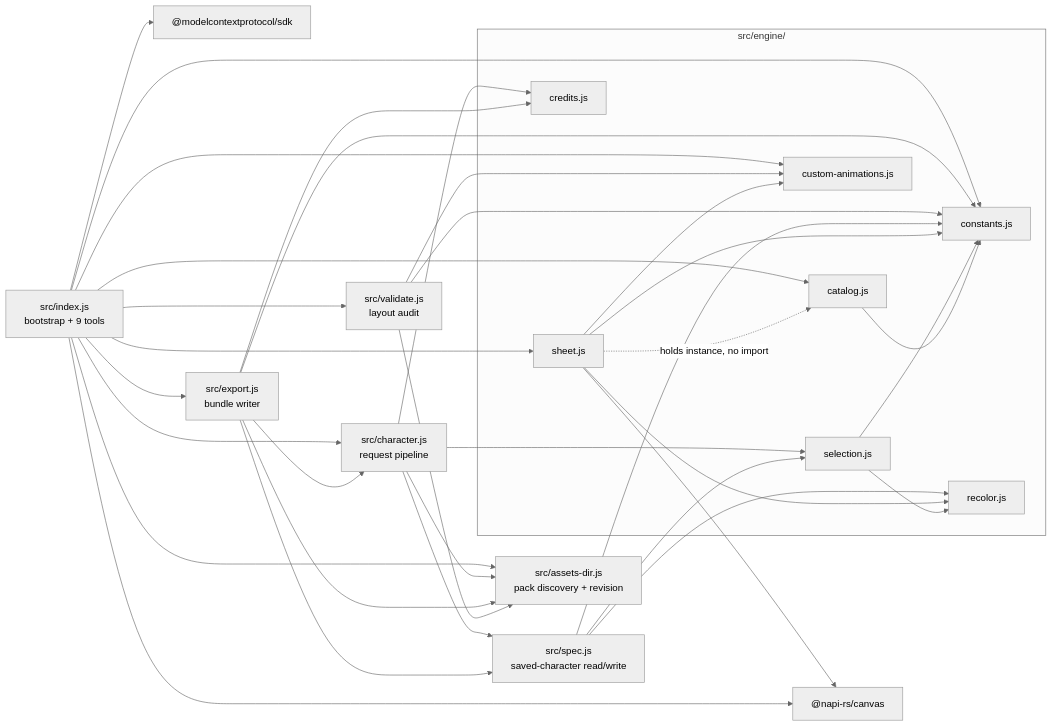
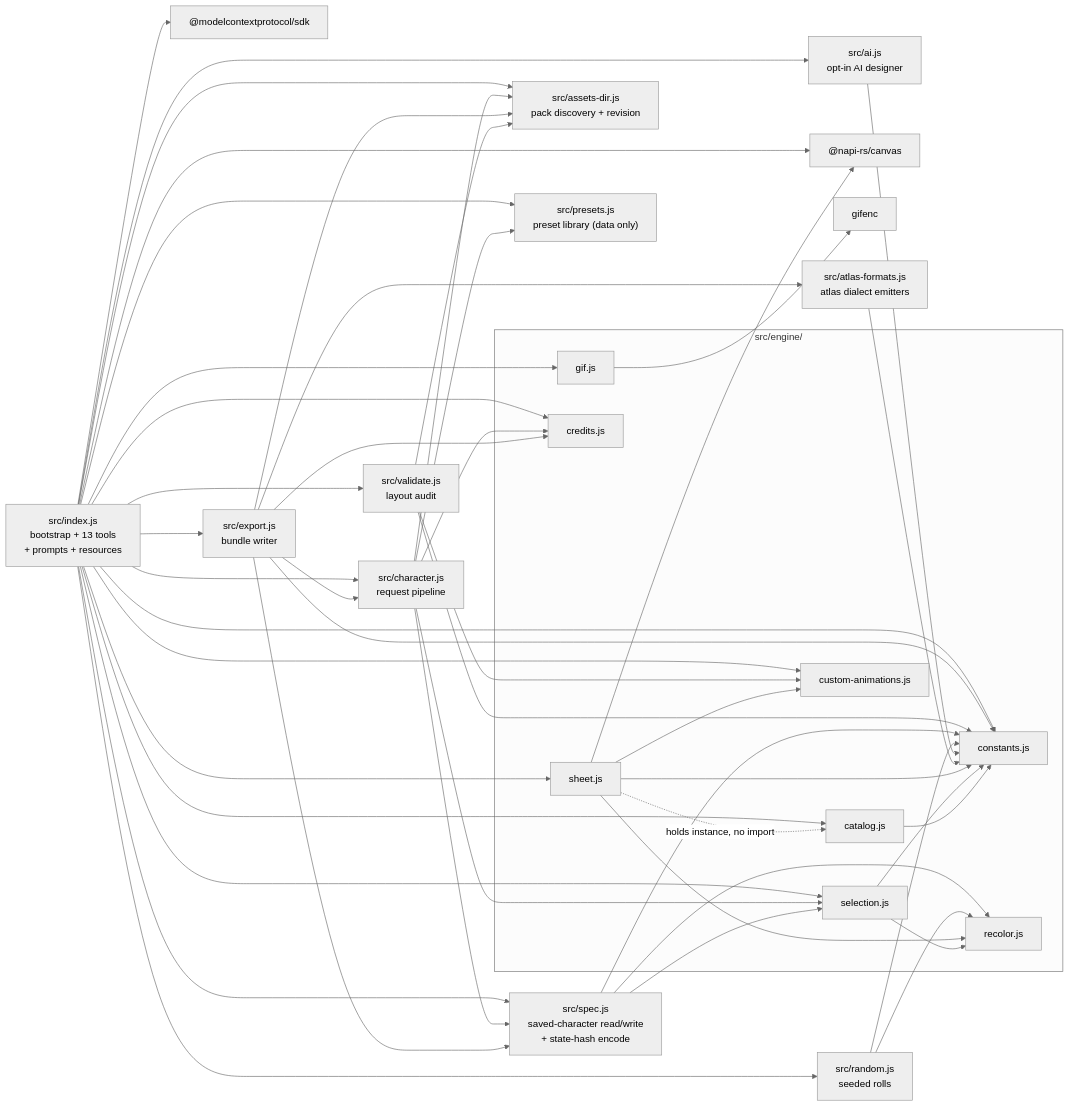
Before and after one commit to kanishka-namdeo/lpc-spritesheet-mcp: the first of 3 diagrams in docs/ARCHITECTURE.md, drawn with Mermaid. The commit also changed other lines of this file and 32 other files, not shown here.

````diff
--- a/docs/ARCHITECTURE.md
+++ b/docs/ARCHITECTURE.md
@@ -117,60 +173,80 @@
 ```mermaid
 %%{init: {"theme": "neutral"}}%%
 flowchart LR
   accTitle: Module dependency graph of the shipped runtime
-  accDescr: Solid arrows are real ESM import edges running from the server entry through the shared request pipeline into the engine modules and the canvas binding. One dashed arrow marks the SpriteEngine holding a Catalog instance, which is a runtime reference rather than an import.
+  accDescr: Solid arrows are real ESM import edges running from the server entry through the shared request pipeline, the preset, random and AI conveniences and the atlas emitters into the engine modules and the canvas and GIF bindings. One dashed arrow marks the SpriteEngine holding a Catalog instance, which is a runtime reference rather than an import.
 
   SDK["@modelcontextprotocol/sdk"]
   CANVAS["@napi-rs/canvas"]
+  GIFENC["gifenc"]
 
-  INDEX["src/index.js<br/>bootstrap + 9 tools"]
+  INDEX["src/index.js<br/>bootstrap + 13 tools<br/>+ prompts + resources"]
   CHAR["src/character.js<br/>request pipeline"]
   ADIR["src/assets-dir.js<br/>pack discovery + revision"]
   EXPORT["src/export.js<br/>bundle writer"]
-  SPEC["src/spec.js<br/>saved-character read/write"]
+  SPEC["src/spec.js<br/>saved-character read/write<br/>+ state-hash encode"]
   VALID["src/validate.js<br/>layout audit"]
+  PRESETS["src/presets.js<br/>preset library (data only)"]
+  RANDOM["src/random.js<br/>seeded rolls"]
+  AI["src/ai.js<br/>opt-in AI designer"]
+  ATLAS["src/atlas-formats.js<br/>atlas dialect emitters"]
 
   subgraph ENGINE["src/engine/"]
     CAT["catalog.js"]
     SHEET["sheet.js"]
     SEL["selection.js"]
     CONST["constants.js"]
     REC["recolor.js"]
     CRED["credits.js"]
     CUST["custom-animations.js"]
+    GIF["gif.js"]
   end
 
   INDEX --> ADIR
   INDEX --> CHAR
   INDEX --> EXPORT
   INDEX --> VALID
+  INDEX --> PRESETS
+  INDEX --> RANDOM
+  INDEX --> AI
+  INDEX --> SPEC
+  INDEX --> SEL
+  INDEX --> CRED
   INDEX --> CAT
   INDEX --> SHEET
   INDEX --> CONST
   INDEX --> CUST
+  INDEX --> GIF
   INDEX --> SDK
   INDEX --> CANVAS
   CHAR --> SEL
   CHAR --> CRED
   CHAR --> SPEC
   CHAR --> ADIR
+  CHAR --> PRESETS
   EXPORT --> CHAR
   EXPORT --> SPEC
   EXPORT --> CRED
   EXPORT --> CONST
   EXPORT --> ADIR
+  EXPORT --> ATLAS
   VALID --> CONST
   VALID --> CUST
   VALID --> ADIR
   SPEC --> SEL
   SPEC --> REC
   SPEC --> CONST
+  RANDOM --> CONST
+  RANDOM --> REC
+  AI --> CONST
+  ATLAS --> CONST
   SHEET --> CONST
   SHEET --> CUST
   SHEET --> REC
   SHEET --> CANVAS
   SEL --> CONST
   SEL --> REC
   CAT --> CONST
+  GIF --> GIFENC
   SHEET -.->|holds instance, no import| CAT
 ```
````
